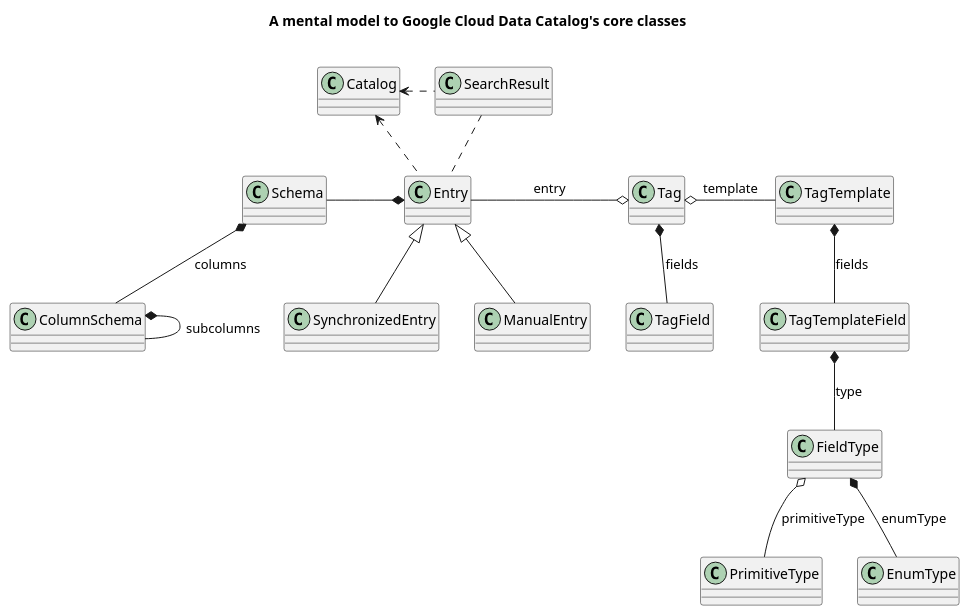
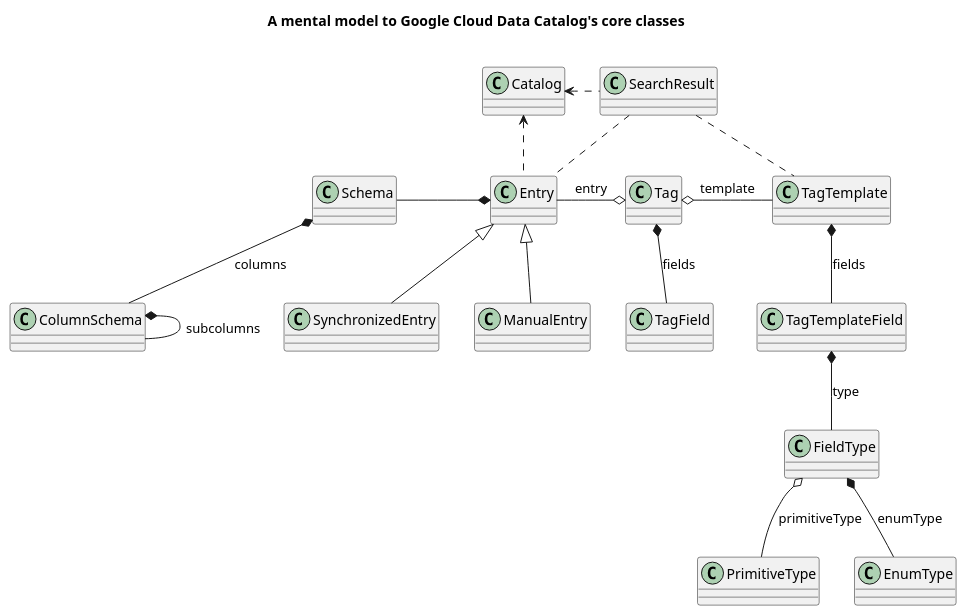
One commit to ricardolsmendes/gcp-datacatalog-diagrams changed the diagram in mental-model/core-classes.plantuml. Above: the diagram before and after it, drawn with PlantUML.

Commit message:
Add SearchResult/TagTemplate relationship

```diff
--- a/mental-model/core-classes.plantuml
+++ b/mental-model/core-classes.plantuml
@@ -1,22 +1,26 @@
 @startuml
 
 title A mental model to Google Cloud Data Catalog's core classes\n
 
 
 Catalog <. SearchResult
 Catalog <.. Entry
 SearchResult .. Entry
+SearchResult .. TagTemplate
+
 Entry <|-- ManualEntry
 Entry <|-- SynchronizedEntry
 Schema -* Entry
 Schema *-- ColumnSchema : columns
 ColumnSchema *-- ColumnSchema : subcolumns
-Entry -o Tag : entry
+
 Tag o- TagTemplate : template
 Tag *-- TagField : fields
 TagTemplate *-- TagTemplateField : fields
 TagTemplateField *-- FieldType : type
 FieldType o-- PrimitiveType : primitiveType
 FieldType *-- EnumType : enumType
 
+Entry -o Tag : entry
+
 @enduml
```
